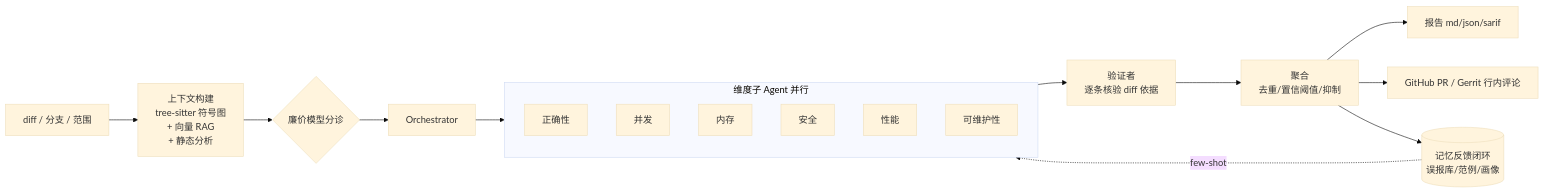
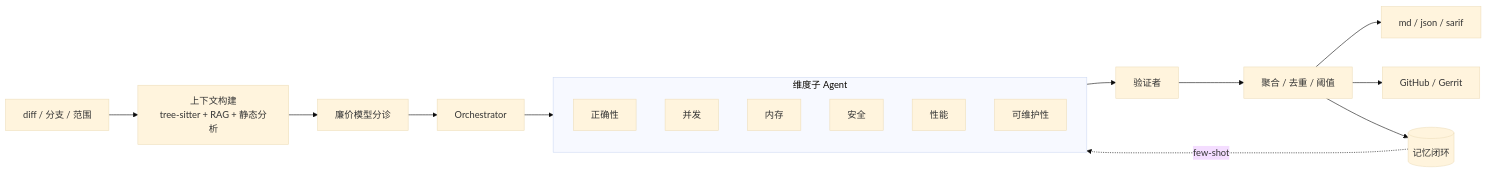
One commit to kavinChan13/reviewforge changed the diagram in README.md. Above: the diagram before and after it, drawn with Mermaid (base theme). The commit also changed other lines of this file, not shown here.

First line of the commit message:
docs(readme): restructure landing page for GitHub readability

````diff
--- a/README.md
+++ b/README.md
@@ -13,16 +112,16 @@
 ```mermaid
 flowchart LR
-    diff[diff / 分支 / 范围] --> ctx[上下文构建<br/>tree-sitter 符号图<br/>+ 向量 RAG<br/>+ 静态分析]
-    ctx --> triage{廉价模型分诊}
+    diff[diff / 分支 / 范围] --> ctx[上下文构建<br/>tree-sitter + RAG + 静态分析]
+    ctx --> triage[廉价模型分诊]
     triage --> orch[Orchestrator]
-    subgraph dims[维度子 Agent 并行]
+    subgraph dims[维度子 Agent]
       d1[正确性] & d2[并发] & d3[内存] & d4[安全] & d5[性能] & d6[可维护性]
     end
     orch --> dims
-    dims --> verify[验证者<br/>逐条核验 diff 依据]
-    verify --> agg[聚合<br/>去重/置信阈值/抑制]
-    agg --> out[报告 md/json/sarif]
-    agg --> sink[GitHub PR / Gerrit 行内评论]
-    agg --> mem[(记忆反馈闭环<br/>误报库/范例/画像)]
+    dims --> verify[验证者]
+    verify --> agg[聚合 / 去重 / 阈值]
+    agg --> out[md / json / sarif]
+    agg --> sink[GitHub / Gerrit]
+    agg --> mem[(记忆闭环)]
     mem -.few-shot.-> dims
 ```
````
